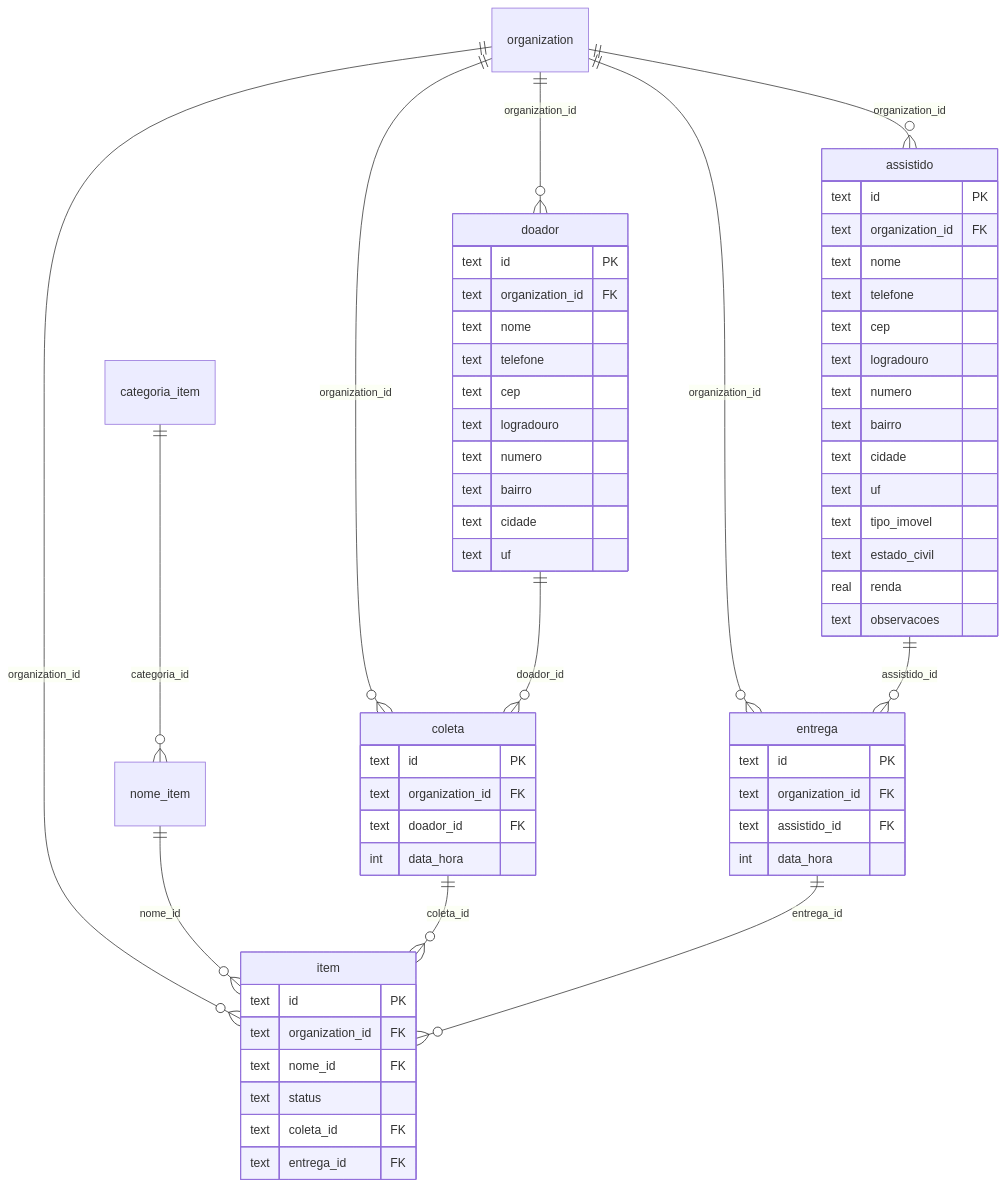
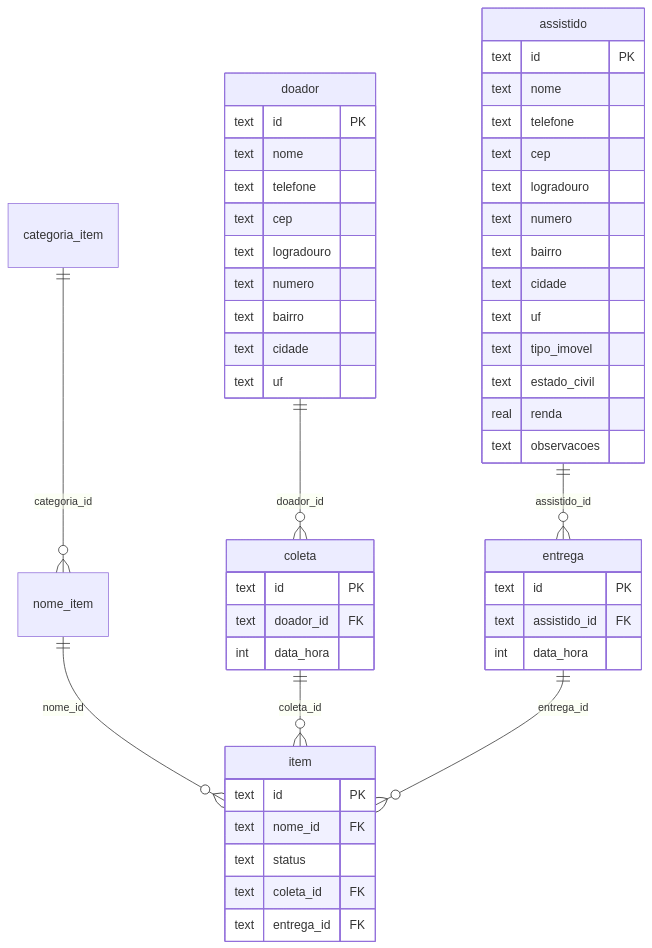
Before and after one commit to luiztosk/sistema-doacoes-2: the diagram in docs/modelos-db.md, drawn with Mermaid. The commit also changed other lines of this file and 12 other files, not shown here.

````diff
--- a/docs/modelos-db.md
+++ b/docs/modelos-db.md
@@ -297,67 +312,57 @@
 ```mermaid
 erDiagram
-  organization ||--o{ assistido : organization_id
-  organization ||--o{ doador : organization_id
-  organization ||--o{ coleta : organization_id
-  organization ||--o{ entrega : organization_id
-  organization ||--o{ item : organization_id
   categoria_item ||--o{ nome_item : categoria_id
   nome_item ||--o{ item : nome_id
   doador ||--o{ coleta : doador_id
   assistido ||--o{ entrega : assistido_id
   coleta ||--o{ item : coleta_id
   entrega ||--o{ item : entrega_id
 
   assistido {
     text id PK
-    text organization_id FK
     text nome
     text telefone
     text cep
     text logradouro
     text numero
     text bairro
     text cidade
     text uf
     text tipo_imovel
     text estado_civil
     real renda
     text observacoes
   }
 
   doador {
     text id PK
-    text organization_id FK
     text nome
     text telefone
     text cep
     text logradouro
     text numero
     text bairro
     text cidade
     text uf
   }
 
   item {
     text id PK
-    text organization_id FK
     text nome_id FK
     text status
     text coleta_id FK
     text entrega_id FK
   }
 
   coleta {
     text id PK
-    text organization_id FK
     text doador_id FK
     int data_hora
   }
 
   entrega {
     text id PK
-    text organization_id FK
     text assistido_id FK
     int data_hora
   }
 ```
````
